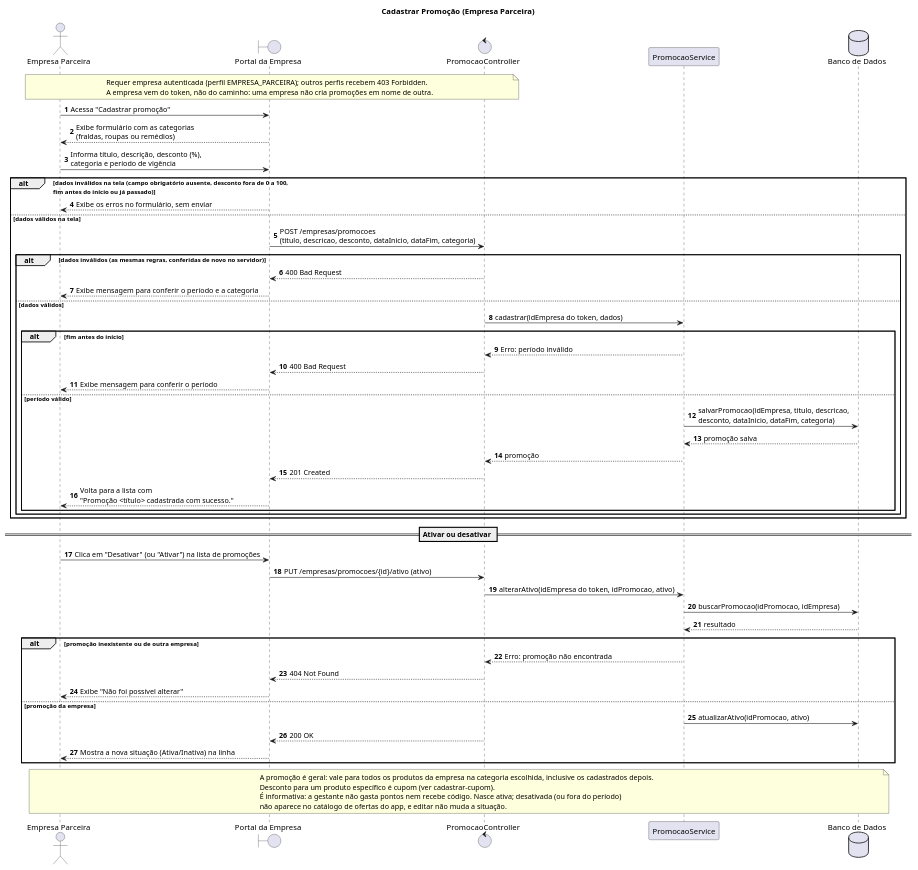
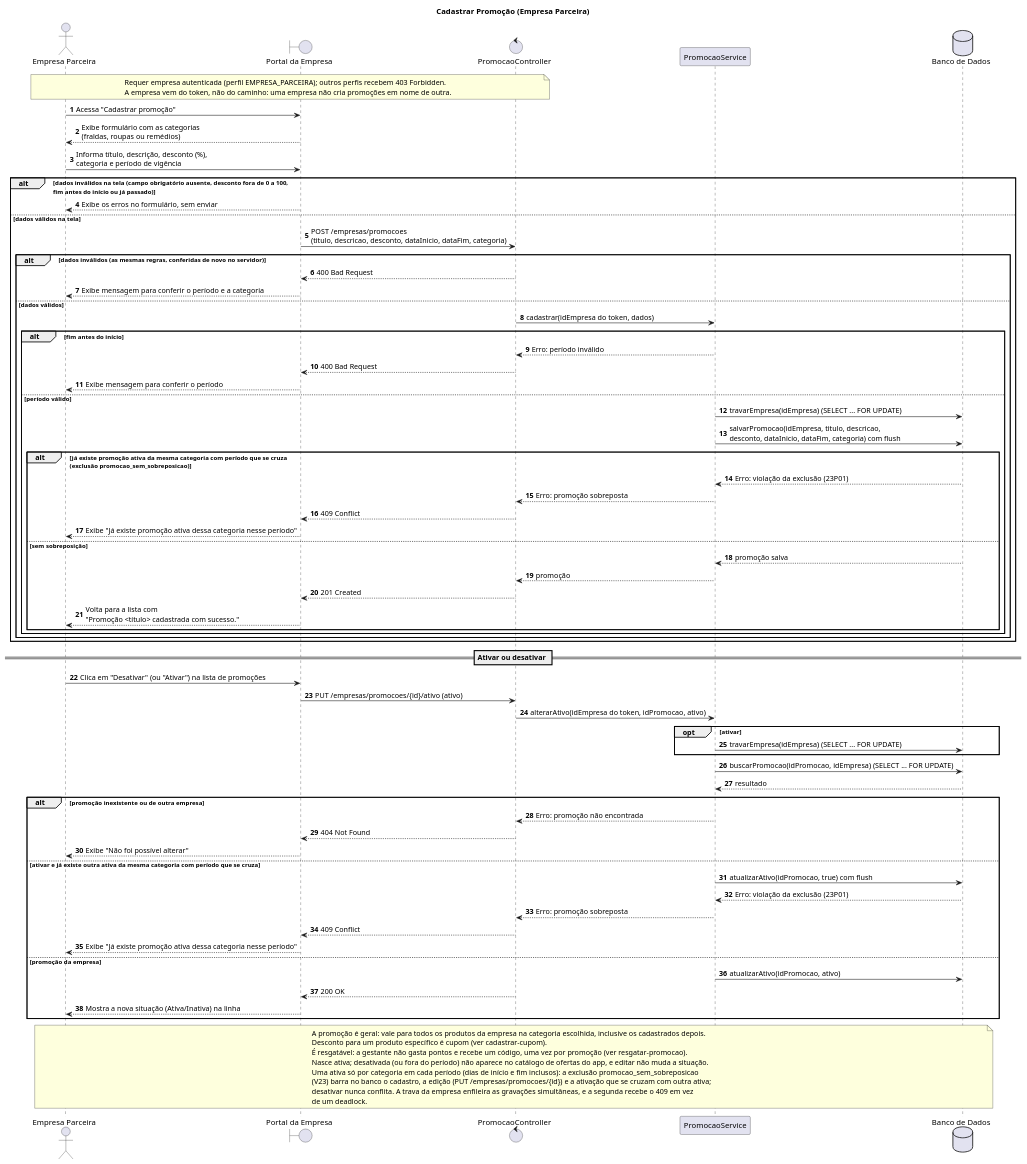
Before and after one commit to CozyShelf/previna-backend: the diagram in docs/sequence-diagrams/cadastrar-promocao/cadastrar-promocao.puml, drawn with PlantUML. The commit also changed 9 other files, not shown here.

First line of the commit message:
docs: promoção resgatável, tabela única de resgates e D12

```diff
--- a/docs/sequence-diagrams/cadastrar-promocao/cadastrar-promocao.puml
+++ b/docs/sequence-diagrams/cadastrar-promocao/cadastrar-promocao.puml
@@ -1,70 +1,92 @@
 @startuml cadastrar-promocao
 title Cadastrar Promoção (Empresa Parceira)
 autonumber
 
 actor "Empresa Parceira" as Empresa
 boundary "Portal da Empresa" as Portal
 control "PromocaoController" as Controller
 participant "PromocaoService" as Service
 database "Banco de Dados" as BD
 
 note over Empresa, Controller
     Requer empresa autenticada (perfil EMPRESA_PARCEIRA); outros perfis recebem 403 Forbidden.
     A empresa vem do token, não do caminho: uma empresa não cria promoções em nome de outra.
 end note
 
 Empresa -> Portal : Acessa "Cadastrar promoção"
 Portal --> Empresa : Exibe formulário com as categorias\n(fraldas, roupas ou remédios)
 Empresa -> Portal : Informa título, descrição, desconto (%),\ncategoria e período de vigência
 
 alt dados inválidos na tela (campo obrigatório ausente, desconto fora de 0 a 100,\nfim antes do início ou já passado)
     Portal --> Empresa : Exibe os erros no formulário, sem enviar
 else dados válidos na tela
     Portal -> Controller : POST /empresas/promocoes\n(titulo, descricao, desconto, dataInicio, dataFim, categoria)
 
     alt dados inválidos (as mesmas regras, conferidas de novo no servidor)
         Controller --> Portal : 400 Bad Request
         Portal --> Empresa : Exibe mensagem para conferir o período e a categoria
     else dados válidos
         Controller -> Service : cadastrar(idEmpresa do token, dados)
 
         alt fim antes do início
             Service --> Controller : Erro: período inválido
             Controller --> Portal : 400 Bad Request
             Portal --> Empresa : Exibe mensagem para conferir o período
         else período válido
-            Service -> BD : salvarPromocao(idEmpresa, titulo, descricao,\ndesconto, dataInicio, dataFim, categoria)
-            BD --> Service : promoção salva
-            Service --> Controller : promoção
-            Controller --> Portal : 201 Created
-            Portal --> Empresa : Volta para a lista com\n"Promoção <título> cadastrada com sucesso."
+            Service -> BD : travarEmpresa(idEmpresa) (SELECT ... FOR UPDATE)
+            Service -> BD : salvarPromocao(idEmpresa, titulo, descricao,\ndesconto, dataInicio, dataFim, categoria) com flush
+
+            alt já existe promoção ativa da mesma categoria com período que se cruza\n(exclusão promocao_sem_sobreposicao)
+                BD --> Service : Erro: violação da exclusão (23P01)
+                Service --> Controller : Erro: promoção sobreposta
+                Controller --> Portal : 409 Conflict
+                Portal --> Empresa : Exibe "Já existe promoção ativa dessa categoria nesse período"
+            else sem sobreposição
+                BD --> Service : promoção salva
+                Service --> Controller : promoção
+                Controller --> Portal : 201 Created
+                Portal --> Empresa : Volta para a lista com\n"Promoção <título> cadastrada com sucesso."
+            end
         end
     end
 end
 
 == Ativar ou desativar ==
 
 Empresa -> Portal : Clica em "Desativar" (ou "Ativar") na lista de promoções
 Portal -> Controller : PUT /empresas/promocoes/{id}/ativo (ativo)
 Controller -> Service : alterarAtivo(idEmpresa do token, idPromocao, ativo)
-Service -> BD : buscarPromocao(idPromocao, idEmpresa)
+opt ativar
+    Service -> BD : travarEmpresa(idEmpresa) (SELECT ... FOR UPDATE)
+end
+Service -> BD : buscarPromocao(idPromocao, idEmpresa) (SELECT ... FOR UPDATE)
 BD --> Service : resultado
 
 alt promoção inexistente ou de outra empresa
     Service --> Controller : Erro: promoção não encontrada
     Controller --> Portal : 404 Not Found
     Portal --> Empresa : Exibe "Não foi possível alterar"
+else ativar e já existe outra ativa da mesma categoria com período que se cruza
+    Service -> BD : atualizarAtivo(idPromocao, true) com flush
+    BD --> Service : Erro: violação da exclusão (23P01)
+    Service --> Controller : Erro: promoção sobreposta
+    Controller --> Portal : 409 Conflict
+    Portal --> Empresa : Exibe "Já existe promoção ativa dessa categoria nesse período"
 else promoção da empresa
     Service -> BD : atualizarAtivo(idPromocao, ativo)
     Controller --> Portal : 200 OK
     Portal --> Empresa : Mostra a nova situação (Ativa/Inativa) na linha
 end
 
 note over Empresa, BD
     A promoção é geral: vale para todos os produtos da empresa na categoria escolhida, inclusive os cadastrados depois.
     Desconto para um produto específico é cupom (ver cadastrar-cupom).
-    É informativa: a gestante não gasta pontos nem recebe código. Nasce ativa; desativada (ou fora do período)
-    não aparece no catálogo de ofertas do app, e editar não muda a situação.
+    É resgatável: a gestante não gasta pontos e recebe um código, uma vez por promoção (ver resgatar-promocao).
+    Nasce ativa; desativada (ou fora do período) não aparece no catálogo de ofertas do app, e editar não muda a situação.
+    Uma ativa só por categoria em cada período (dias de início e fim inclusos): a exclusão promocao_sem_sobreposicao
+    (V23) barra no banco o cadastro, a edição (PUT /empresas/promocoes/{id}) e a ativação que se cruzam com outra ativa;
+    desativar nunca conflita. A trava da empresa enfileira as gravações simultâneas, e a segunda recebe o 409 em vez
+    de um deadlock.
 end note
 
 @enduml
```
